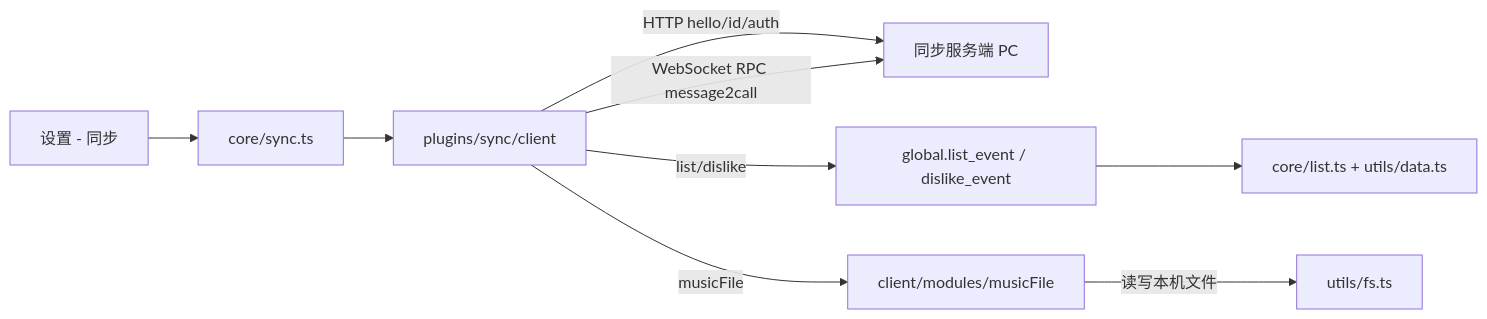
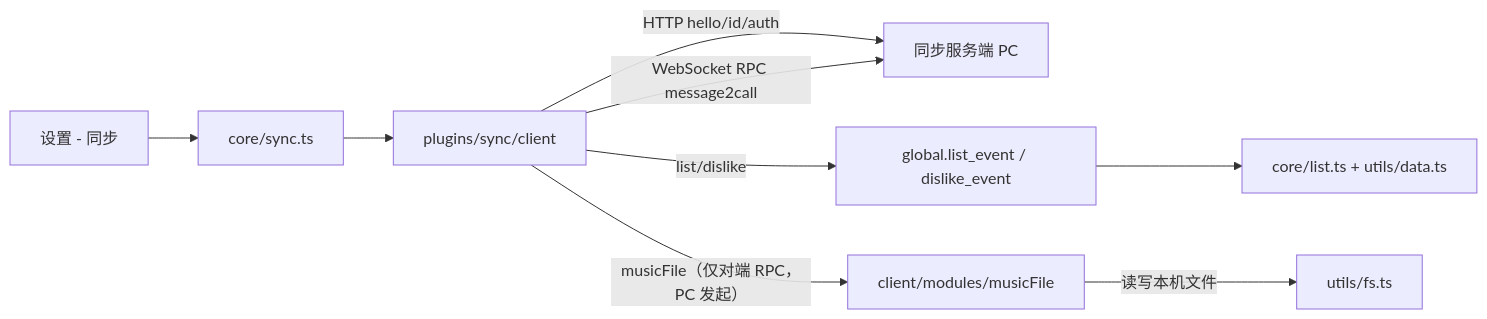
Before and after one commit to Owlwu/lx-music-mobile: the third of 3 diagrams in .ai/ARCHITECTURE.md, drawn with Mermaid. The commit also changed 36 other files, not shown here.

````diff
--- a/.ai/ARCHITECTURE.md
+++ b/.ai/ARCHITECTURE.md
@@ -140,11 +140,11 @@
 ```mermaid
 graph LR
   UI[设置 - 同步] --> CS[core/sync.ts]
   CS --> CC[plugins/sync/client]
   CC -- HTTP hello/id/auth --> SRV[同步服务端 PC]
   CC -- WebSocket RPC message2call --> SRV
   CC -- list/dislike --> LE[global.list_event / dislike_event]
   LE --> DataP[core/list.ts + utils/data.ts]
-  CC -- musicFile --> MF[client/modules/musicFile]
+  CC -- musicFile（仅对端 RPC，PC 发起） --> MF[client/modules/musicFile]
   MF -- 读写本机文件 --> FS[utils/fs.ts]
 ```
````
